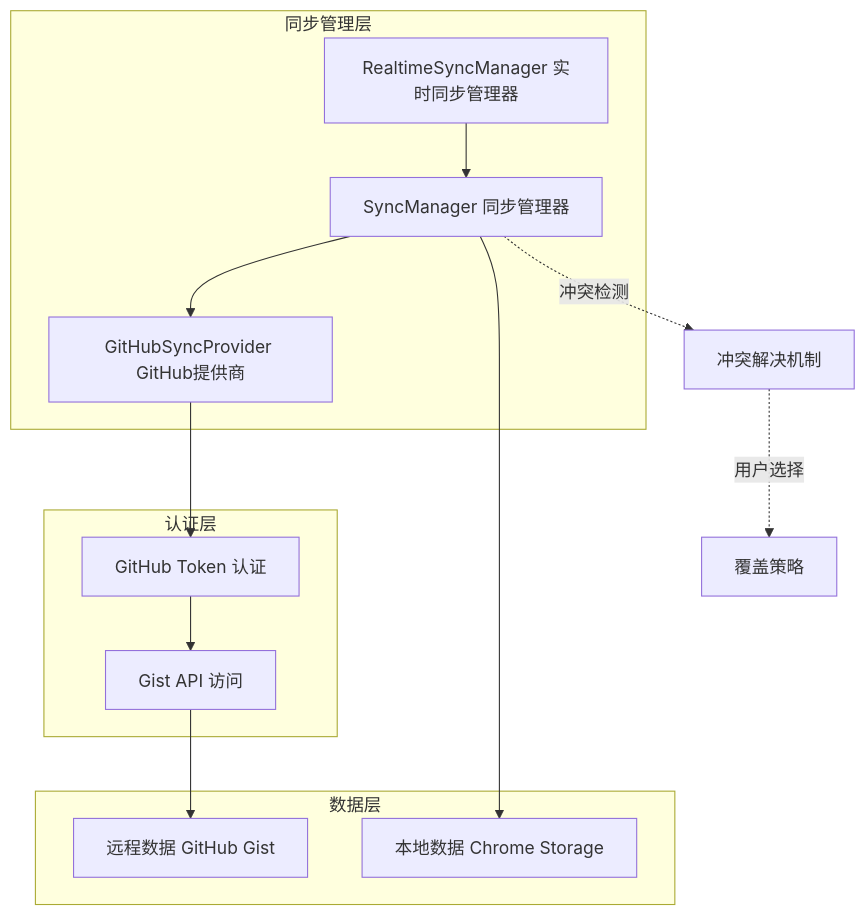
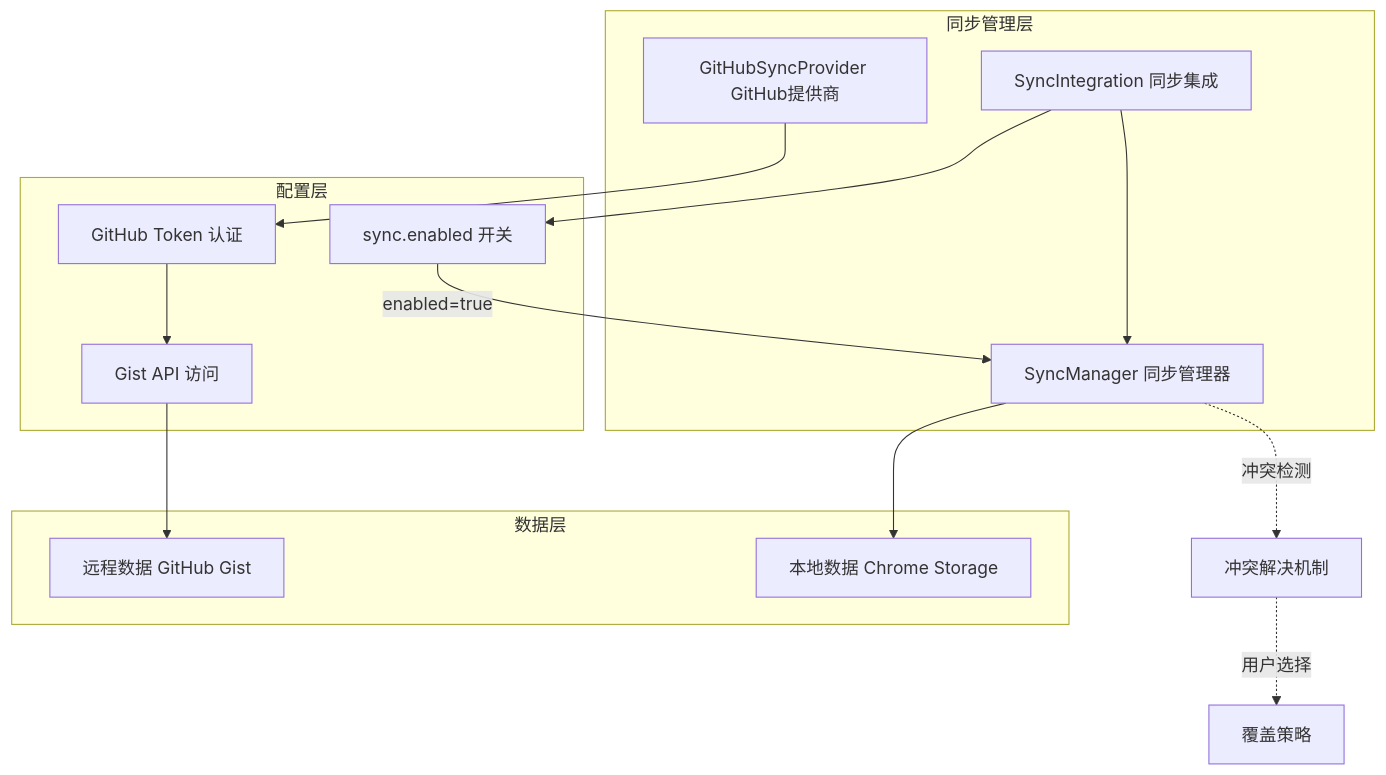
One commit to namehu/UniTab changed the sixth of 12 diagrams in UniTab_流程链路图.md. Above: the diagram before and after it, drawn with Mermaid. The commit also changed other lines of this file and 11 other files, not shown here.

````diff
--- a/UniTab_流程链路图.md
+++ b/UniTab_流程链路图.md
@@ -125,28 +157,30 @@
 ```mermaid
 graph TB
     subgraph "同步管理层"
         A[SyncManager 同步管理器]
-        B[RealtimeSyncManager 实时同步管理器]
         C[GitHubSyncProvider GitHub提供商]
+        D[SyncIntegration 同步集成]
     end
     
-    subgraph "认证层"
-        D[GitHub Token 认证]
-        E[Gist API 访问]
+    subgraph "配置层"
+        E[sync.enabled 开关]
+        F[GitHub Token 认证]
+        G[Gist API 访问]
     end
     
     subgraph "数据层"
-        F[本地数据 Chrome Storage]
-        G[远程数据 GitHub Gist]
+        H[本地数据 Chrome Storage]
+        I[远程数据 GitHub Gist]
     end
     
-    A --> C
-    B --> A
-    C --> D
     D --> E
-    E --> G
-    A --> F
+    E -->|enabled=true| A
+    D --> A
+    C --> F
+    F --> G
+    G --> I
+    A --> H
     
-    A -.->|冲突检测| H[冲突解决机制]
-    H -.->|用户选择| I[覆盖策略]
+    A -.->|冲突检测| J[冲突解决机制]
+    J -.->|用户选择| K[覆盖策略]
 ```
````
